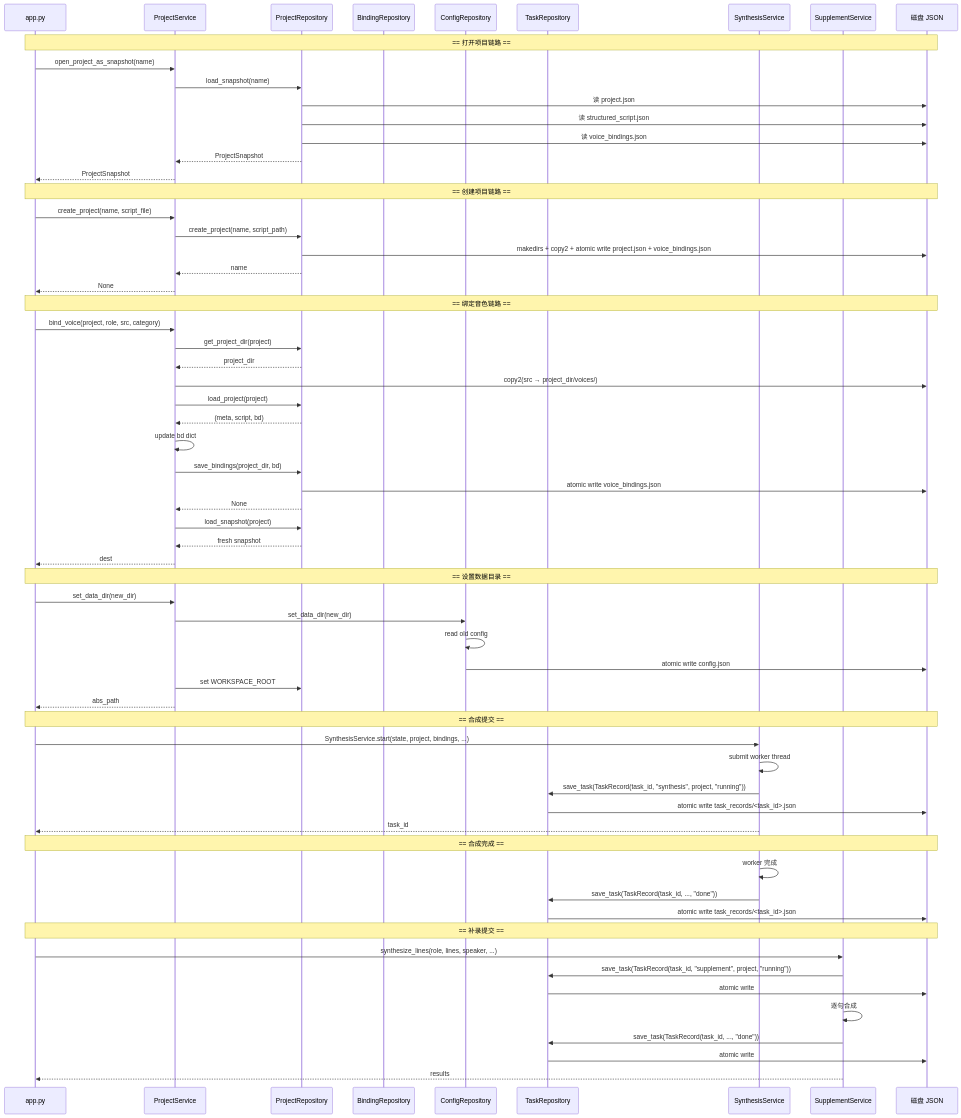
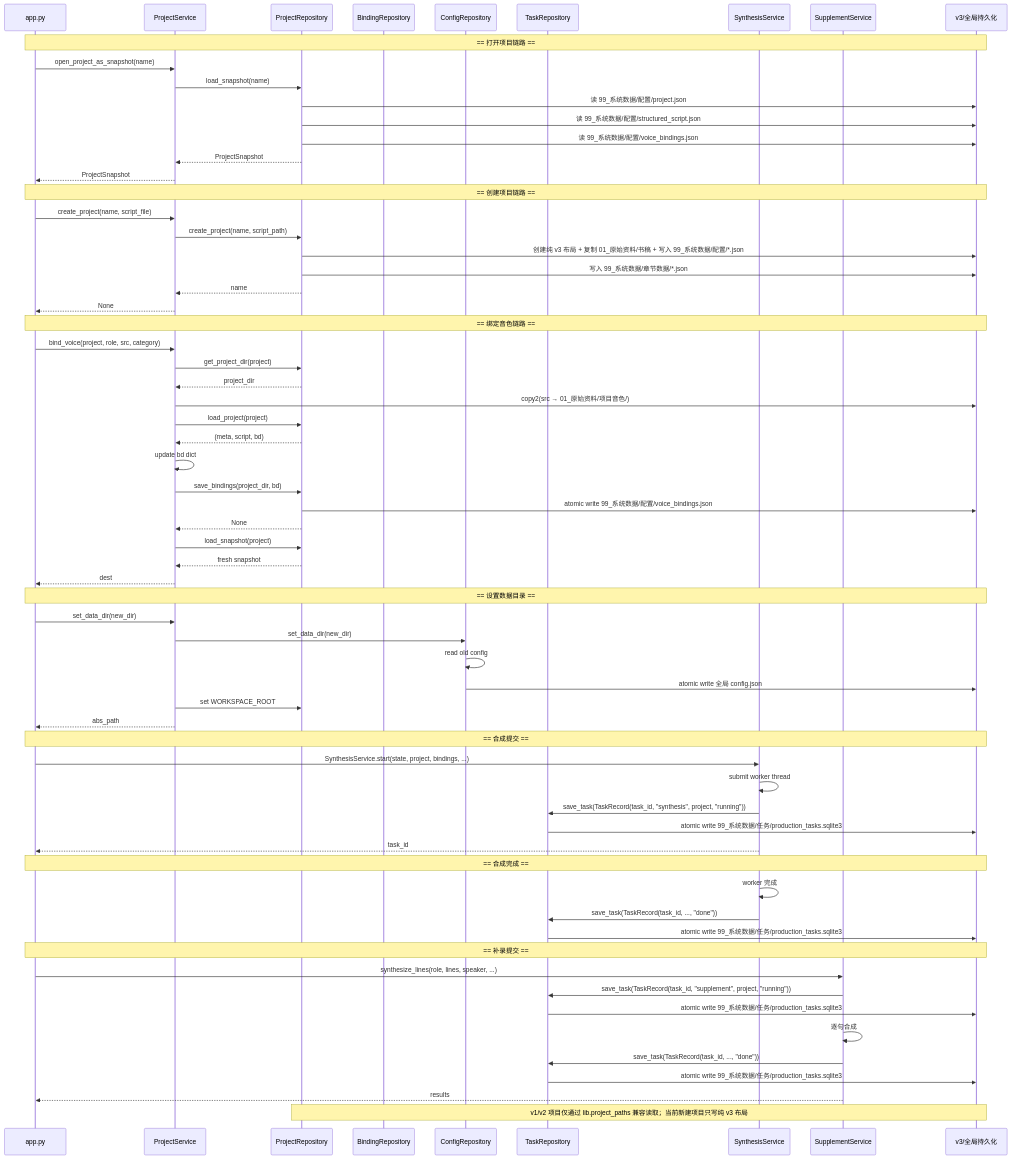
Before and after one commit to easonwong2026-del/audiobook-studio: the diagram in docs/sequence-diagram.mermaid, drawn with Mermaid. The commit also changed 18 other files, not shown here.

```diff
--- a/docs/sequence-diagram.mermaid
+++ b/docs/sequence-diagram.mermaid
@@ -1,71 +1,74 @@
 sequenceDiagram
     participant App as app.py
     participant PS as ProjectService
     participant PR as ProjectRepository
     participant BR as BindingRepository
     participant CR as ConfigRepository
     participant TR as TaskRepository
     participant SS as SynthesisService
     participant SPS as SupplementService
-    participant Disk as 磁盘 JSON
+    participant Disk as v3/全局持久化
 
     Note over App,Disk: == 打开项目链路 ==
     
     App->>PS: open_project_as_snapshot(name)
     PS->>PR: load_snapshot(name)
-    PR->>Disk: 读 project.json
-    PR->>Disk: 读 structured_script.json
-    PR->>Disk: 读 voice_bindings.json
+    PR->>Disk: 读 99_系统数据/配置/project.json
+    PR->>Disk: 读 99_系统数据/配置/structured_script.json
+    PR->>Disk: 读 99_系统数据/配置/voice_bindings.json
     PR-->>PS: ProjectSnapshot
     PS-->>App: ProjectSnapshot
 
     Note over App,Disk: == 创建项目链路 ==
     App->>PS: create_project(name, script_file)
     PS->>PR: create_project(name, script_path)
-    PR->>Disk: makedirs + copy2 + atomic write project.json + voice_bindings.json
+    PR->>Disk: 创建纯 v3 布局 + 复制 01_原始资料/书稿 + 写入 99_系统数据/配置/*.json
+    PR->>Disk: 写入 99_系统数据/章节数据/*.json
     PR-->>PS: name
     PS-->>App: None
 
     Note over App,Disk: == 绑定音色链路 ==
     App->>PS: bind_voice(project, role, src, category)
     PS->>PR: get_project_dir(project)
     PR-->>PS: project_dir
-    PS->>Disk: copy2(src → project_dir/voices/)
+    PS->>Disk: copy2(src → 01_原始资料/项目音色/)
     PS->>PR: load_project(project)
     PR-->>PS: (meta, script, bd)
     PS->>PS: update bd dict
     PS->>PR: save_bindings(project_dir, bd)
-    PR->>Disk: atomic write voice_bindings.json
+    PR->>Disk: atomic write 99_系统数据/配置/voice_bindings.json
     PR-->>PS: None
     PS->>PR: load_snapshot(project)
     PR-->>PS: fresh snapshot
     PS-->>App: dest
 
     Note over App,Disk: == 设置数据目录 ==
     App->>PS: set_data_dir(new_dir)
     PS->>CR: set_data_dir(new_dir)
     CR->>CR: read old config
-    CR->>Disk: atomic write config.json
+    CR->>Disk: atomic write 全局 config.json
     PS->>PR: set WORKSPACE_ROOT
     PS-->>App: abs_path
 
     Note over App,Disk: == 合成提交 ==
     App->>SS: SynthesisService.start(state, project, bindings, ...)
     SS->>SS: submit worker thread
     SS->>TR: save_task(TaskRecord(task_id, "synthesis", project, "running"))
-    TR->>Disk: atomic write task_records/<task_id>.json
+    TR->>Disk: atomic write 99_系统数据/任务/production_tasks.sqlite3
     SS-->>App: task_id
 
     Note over App,Disk: == 合成完成 ==
     SS->>SS: worker 完成
     SS->>TR: save_task(TaskRecord(task_id, ..., "done"))
-    TR->>Disk: atomic write task_records/<task_id>.json
+    TR->>Disk: atomic write 99_系统数据/任务/production_tasks.sqlite3
     
     Note over App,Disk: == 补录提交 ==
     App->>SPS: synthesize_lines(role, lines, speaker, ...)
     SPS->>TR: save_task(TaskRecord(task_id, "supplement", project, "running"))
-    TR->>Disk: atomic write
+    TR->>Disk: atomic write 99_系统数据/任务/production_tasks.sqlite3
     SPS->>SPS: 逐句合成
     SPS->>TR: save_task(TaskRecord(task_id, ..., "done"))
-    TR->>Disk: atomic write
+    TR->>Disk: atomic write 99_系统数据/任务/production_tasks.sqlite3
     SPS-->>App: results
+
+    Note over PR,Disk: v1/v2 项目仅通过 lib.project_paths 兼容读取；当前新建项目只写纯 v3 布局
```
